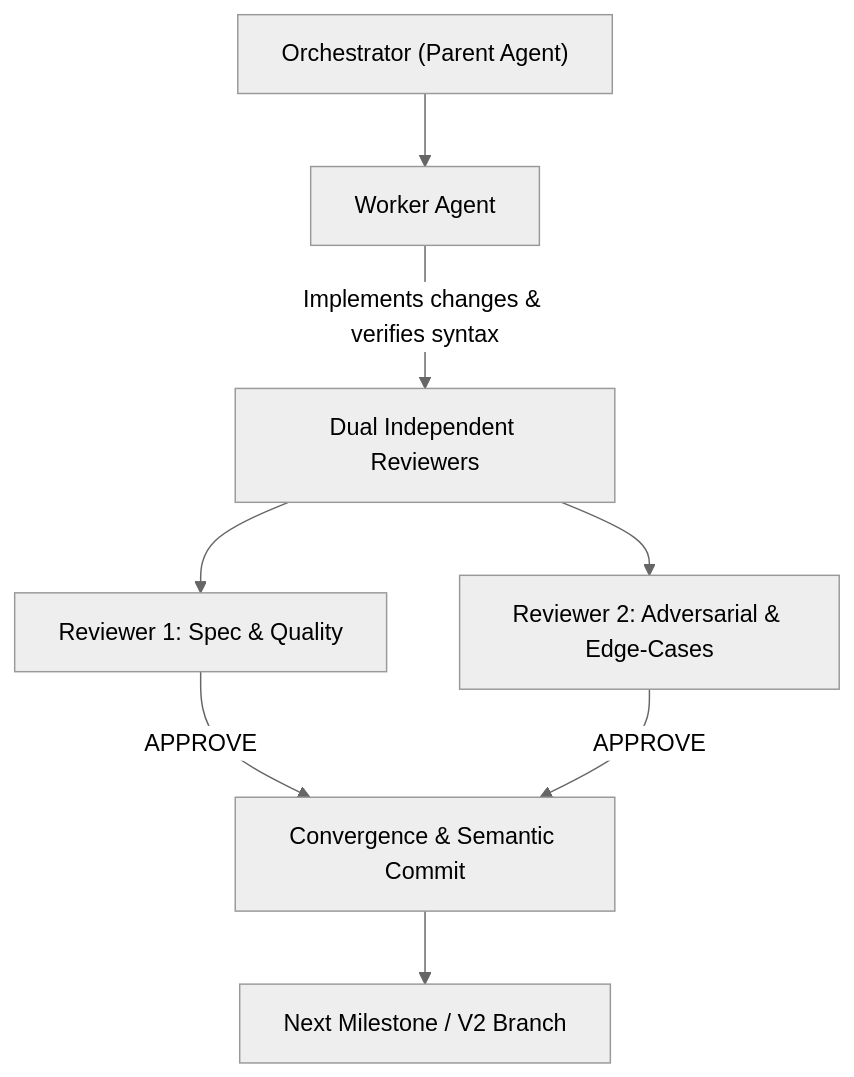
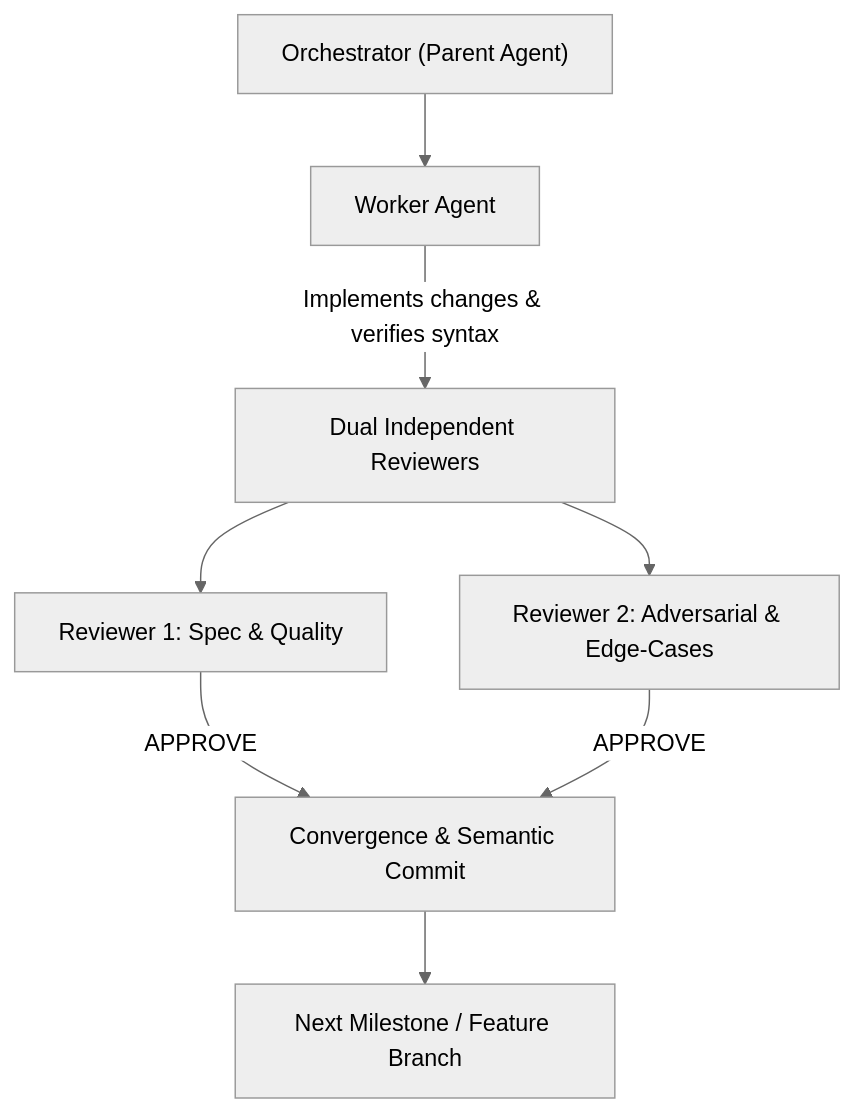
The diagram in .agents/skills/unified-remote-dev/SKILL.md (guilhermedeon/UnifiedG), drawn with Mermaid (neutral theme) before and after one commit. The commit also changed other lines of this file and 3 other files, not shown here.

````diff
--- a/.agents/skills/unified-remote-dev/SKILL.md
+++ b/.agents/skills/unified-remote-dev/SKILL.md
@@ -185,10 +186,10 @@
 ```mermaid
 flowchart TD
     Orchestrator["Orchestrator (Parent Agent)"] --> Worker["Worker Agent"]
     Worker -->|"Implements changes & verifies syntax"| Reviewers["Dual Independent Reviewers"]
     Reviewers --> Reviewer1["Reviewer 1: Spec & Quality"]
     Reviewers --> Reviewer2["Reviewer 2: Adversarial & Edge-Cases"]
     Reviewer1 -->|"APPROVE"| Convergence["Convergence & Semantic Commit"]
     Reviewer2 -->|"APPROVE"| Convergence
-    Convergence --> NextBranch["Next Milestone / V2 Branch"]
+    Convergence --> NextBranch["Next Milestone / Feature Branch"]
 ```
````
